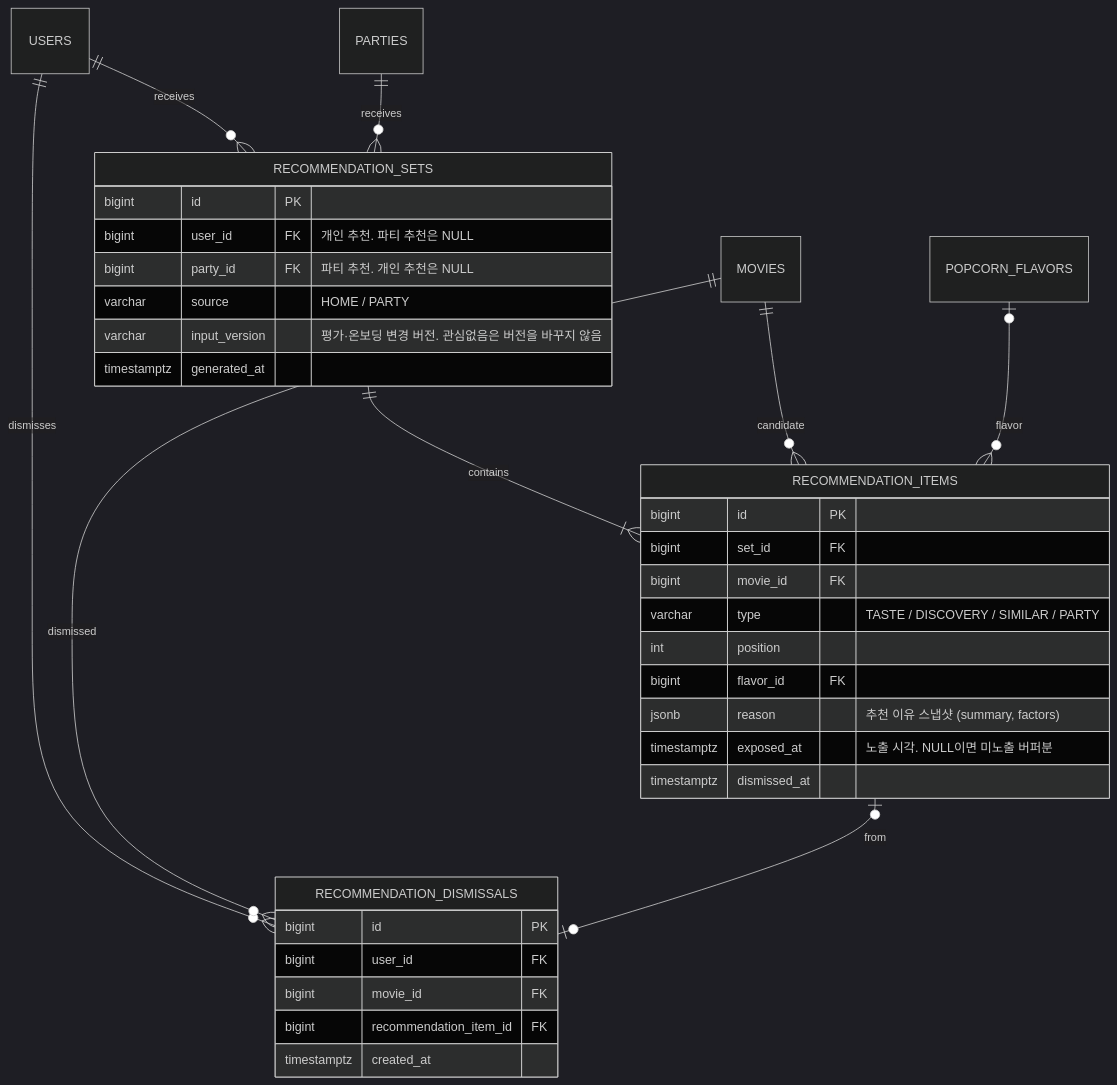
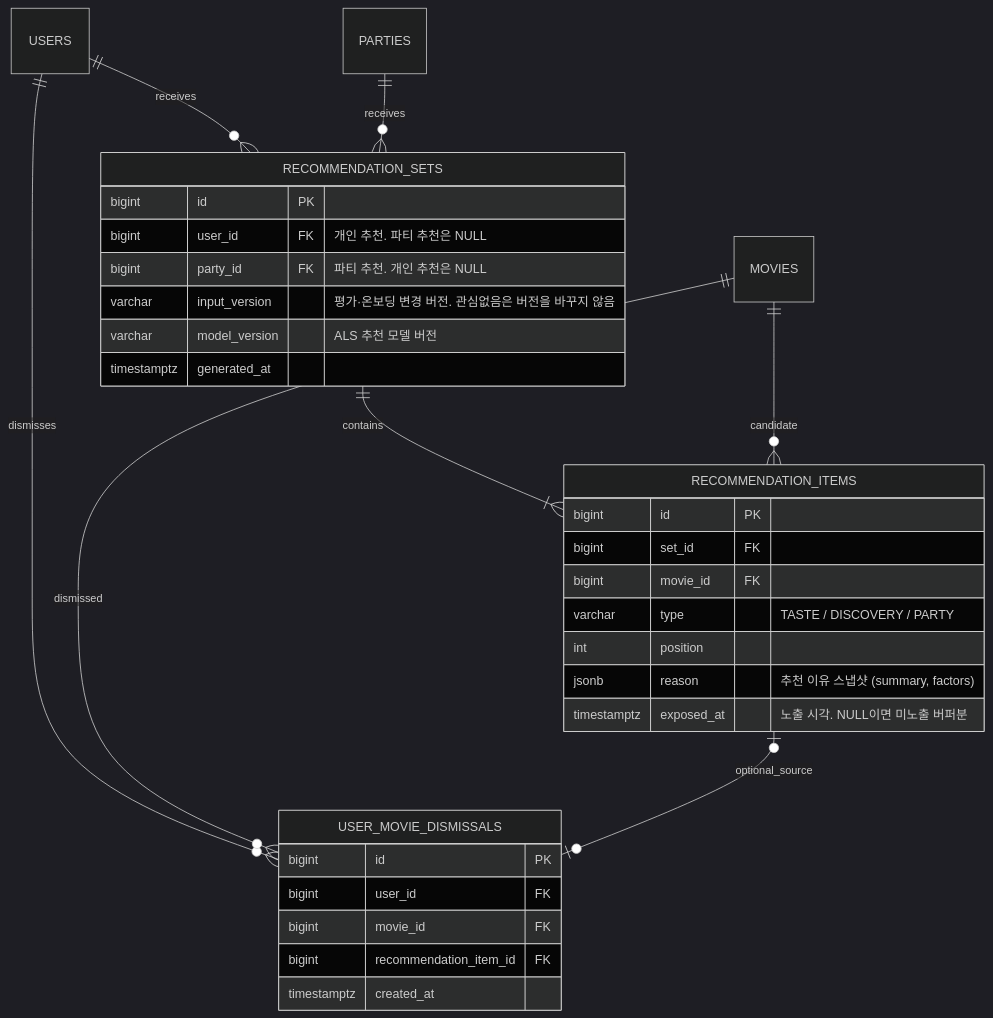
Before and after one commit to koongya-studio/feelm: the fifth of 8 diagrams in docs/erd.md, drawn with Mermaid (dark theme). The commit also changed other lines of this file and 12 other files, not shown here.

````diff
--- a/docs/erd.md
+++ b/docs/erd.md
@@ -314,38 +290,35 @@
 ```mermaid
 erDiagram
     RECOMMENDATION_SETS {
         bigint id PK
         bigint user_id FK "개인 추천. 파티 추천은 NULL"
         bigint party_id FK "파티 추천. 개인 추천은 NULL"
-        varchar source "HOME / PARTY"
         varchar input_version "평가·온보딩 변경 버전. 관심없음은 버전을 바꾸지 않음"
+        varchar model_version "ALS 추천 모델 버전"
         timestamptz generated_at
     }
     RECOMMENDATION_ITEMS {
         bigint id PK
         bigint set_id FK
         bigint movie_id FK
-        varchar type "TASTE / DISCOVERY / SIMILAR / PARTY"
+        varchar type "TASTE / DISCOVERY / PARTY"
         int position
-        bigint flavor_id FK
         jsonb reason "추천 이유 스냅샷 (summary, factors)"
         timestamptz exposed_at "노출 시각. NULL이면 미노출 버퍼분"
-        timestamptz dismissed_at
     }
-    RECOMMENDATION_DISMISSALS {
+    USER_MOVIE_DISMISSALS {
         bigint id PK
         bigint user_id FK
         bigint movie_id FK
         bigint recommendation_item_id FK
         timestamptz created_at
     }
 
     USERS ||--o{ RECOMMENDATION_SETS : receives
     PARTIES ||--o{ RECOMMENDATION_SETS : receives
     RECOMMENDATION_SETS ||--|{ RECOMMENDATION_ITEMS : contains
     MOVIES ||--o{ RECOMMENDATION_ITEMS : candidate
-    POPCORN_FLAVORS o|--o{ RECOMMENDATION_ITEMS : flavor
-    USERS ||--o{ RECOMMENDATION_DISMISSALS : dismisses
-    MOVIES ||--o{ RECOMMENDATION_DISMISSALS : dismissed
-    RECOMMENDATION_ITEMS o|--o| RECOMMENDATION_DISMISSALS : from
+    USERS ||--o{ USER_MOVIE_DISMISSALS : dismisses
+    MOVIES ||--o{ USER_MOVIE_DISMISSALS : dismissed
+    RECOMMENDATION_ITEMS o|--o| USER_MOVIE_DISMISSALS : optional_source
 ```
````
